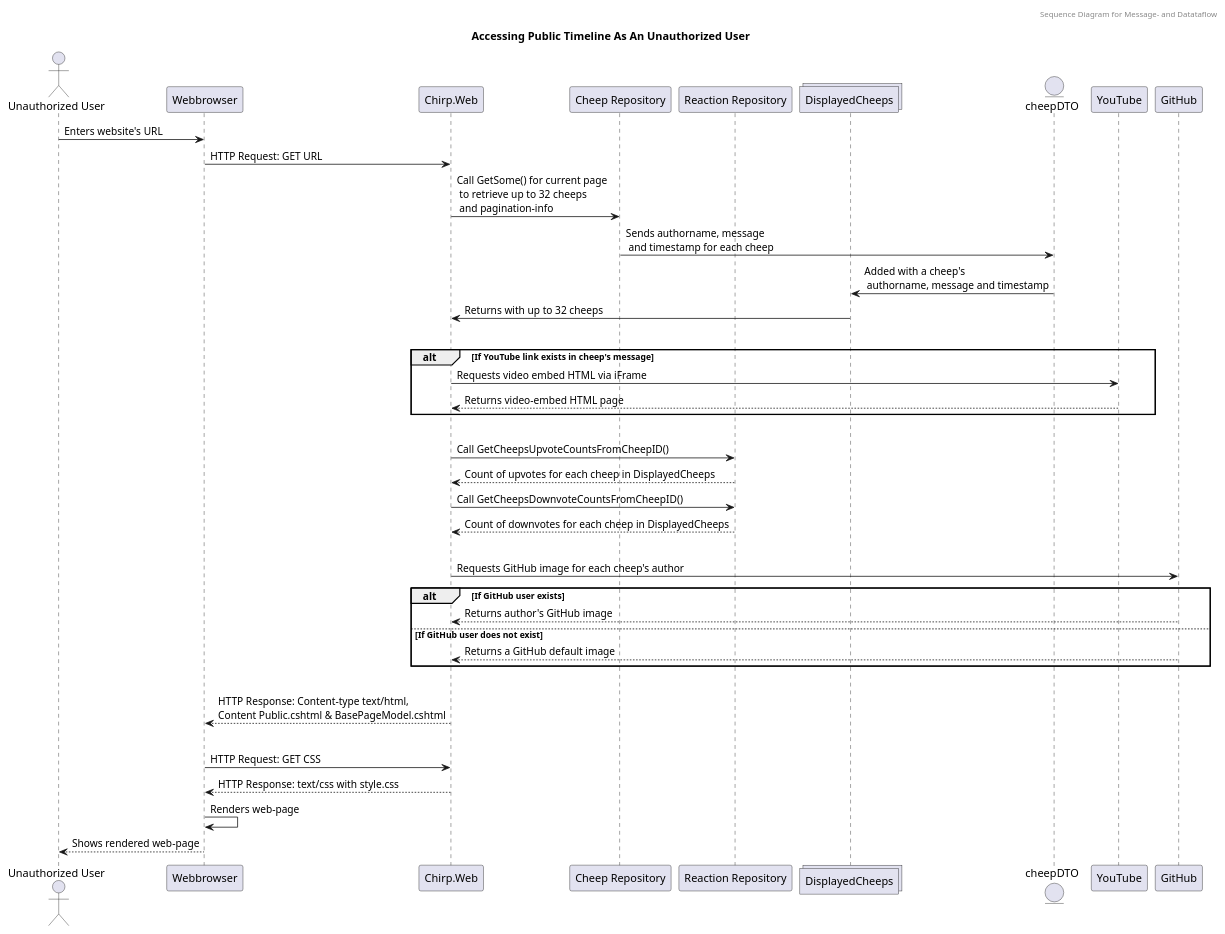
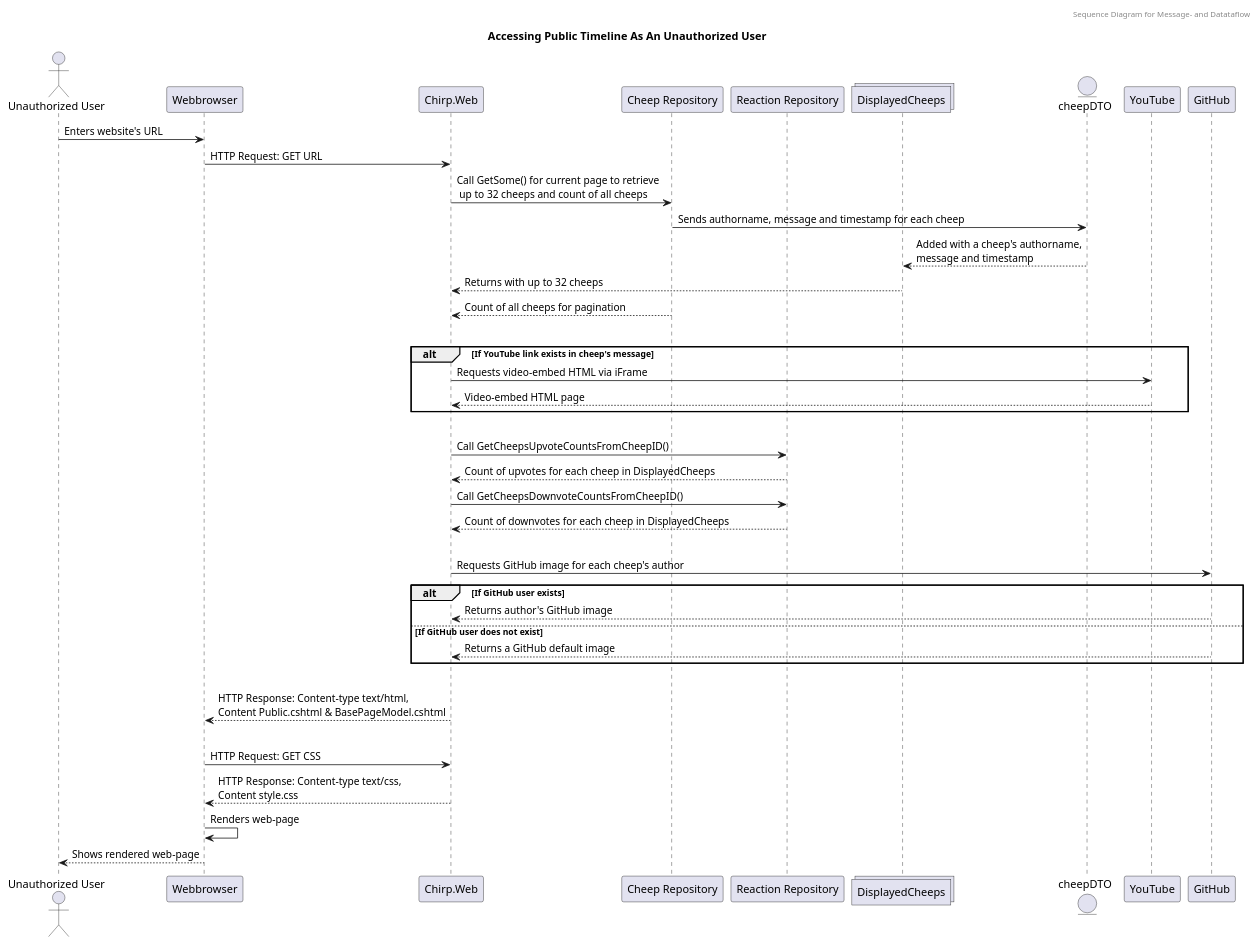
One commit to ITU-BDSA23-GROUP10/Chirp changed the diagram in docs/report_diagrams/UML_sequence_diagrams/msg_data_flow_UML_seq.puml. Above: the diagram before and after it, drawn with PlantUML.

Commit message:
Reformatted

```diff
--- a/docs/report_diagrams/UML_sequence_diagrams/msg_data_flow_UML_seq.puml
+++ b/docs/report_diagrams/UML_sequence_diagrams/msg_data_flow_UML_seq.puml
@@ -1,49 +1,50 @@
 @startuml
 header Sequence Diagram for Message- and Datataflow
 Title Accessing Public Timeline As An Unauthorized User
 
 
 actor "Unauthorized User" as UnauthorizedUser
 participant "Webbrowser" as Browser
 participant "Chirp.Web" as ChirpWeb
 participant "Cheep Repository" as CheepRepo
 participant "Reaction Repository" as ReactionRepo
 collections DisplayedCheeps as CheepsList
 entity cheepDTO as CheepDTO
 
 
 UnauthorizedUser -> Browser: Enters website's URL
 Browser -> ChirpWeb: HTTP Request: GET URL
 
-ChirpWeb -> CheepRepo: Call GetSome() for current page\n to retrieve up to 32 cheeps\n and pagination-info
-CheepRepo -> CheepDTO: Sends authorname, message \n and timestamp for each cheep
-CheepDTO -> CheepsList: Added with a cheep's \n authorname, message and timestamp
-CheepsList -> ChirpWeb: Returns with up to 32 cheeps
+ChirpWeb -> CheepRepo: Call GetSome() for current page to retrieve\n up to 32 cheeps and count of all cheeps
+CheepRepo -> CheepDTO: Sends authorname, message and timestamp for each cheep
+CheepDTO --> CheepsList: Added with a cheep's authorname,\nmessage and timestamp
+CheepsList --> ChirpWeb: Returns with up to 32 cheeps
+CheepRepo --> ChirpWeb: Count of all cheeps for pagination
 |||
 alt If YouTube link exists in cheep's message
-    ChirpWeb -> YouTube: Requests video embed HTML via iFrame
-    YouTube --> ChirpWeb: Returns video-embed HTML page
+    ChirpWeb -> YouTube: Requests video-embed HTML via iFrame
+    Return Video-embed HTML page
 end
 |||
 ChirpWeb -> ReactionRepo: Call GetCheepsUpvoteCountsFromCheepID()
 Return Count of upvotes for each cheep in DisplayedCheeps
 ChirpWeb -> ReactionRepo: Call GetCheepsDownvoteCountsFromCheepID()
 Return Count of downvotes for each cheep in DisplayedCheeps
 |||
 
 ChirpWeb -> GitHub: Requests GitHub image for each cheep's author
 alt If GitHub user exists
     GitHub --> ChirpWeb: Returns author's GitHub image
 else If GitHub user does not exist
     GitHub --> ChirpWeb: Returns a GitHub default image
 end
 |||
 
 ChirpWeb --> Browser: HTTP Response: Content-type text/html,\nContent Public.cshtml & BasePageModel.cshtml
 |||
 
 Browser -> ChirpWeb: HTTP Request: GET CSS
-ChirpWeb --> Browser: HTTP Response: text/css with style.css
+ChirpWeb --> Browser: HTTP Response: Content-type text/css,\nContent style.css
 Browser -> Browser: Renders web-page
 Browser --> UnauthorizedUser: Shows rendered web-page
 @enduml
```
